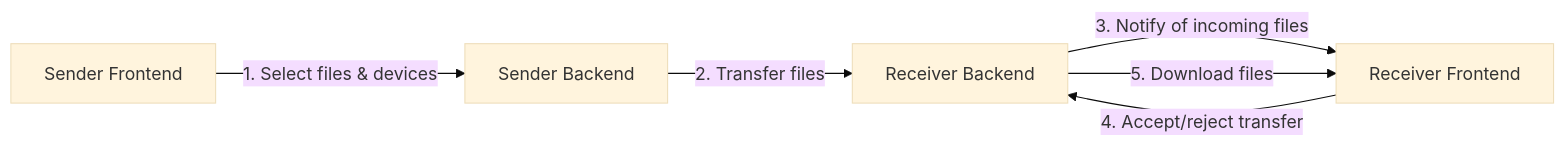
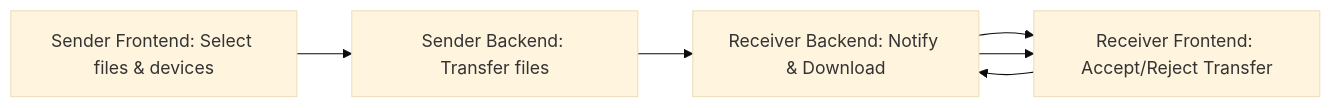
The diagram in README.md (Mohammad-Ali-Haider/ip-dropper), drawn with Mermaid (base theme) before and after one commit.

````diff
--- a/README.md
+++ b/README.md
@@ -152,15 +152,13 @@
 ```mermaid
 graph LR
-    %% Define nodes
-    FE[Sender Frontend]
-    BE[Sender Backend]
-    RBE[Receiver Backend]
-    RFE[Receiver Frontend]
+    FE[Sender Frontend: Select files & devices]
+    BE[Sender Backend: Transfer files]
+    RBE[Receiver Backend: Notify & Download]
+    RFE[Receiver Frontend: Accept/Reject Transfer]
 
-    %% Define flow
-    FE -->|1. Select files & devices| BE
-    BE -->|2. Transfer files| RBE
-    RBE -->|3. Notify of incoming files| RFE
-    RFE -->|4. Accept/reject transfer| RBE
-    RBE -->|5. Download files| RFE
+    FE --> BE
+    BE --> RBE
+    RBE --> RFE
+    RFE --> RBE
+    RBE --> RFE
 ```
````
